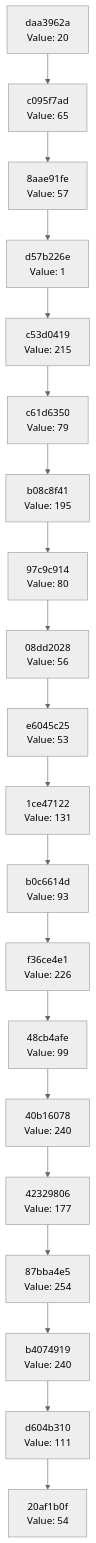
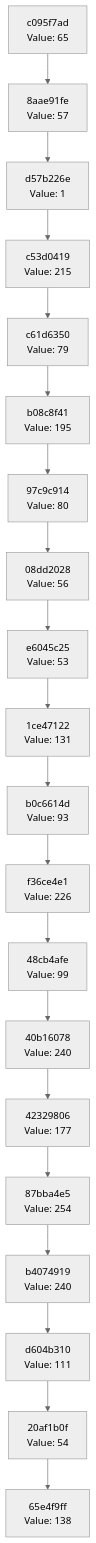
The diagram in docs/CHAIN_VISUALIZATION.md (Abhisheksinha1506/hash-chain-evolver), drawn with Mermaid (neutral theme) before and after one commit. The commit also changed 2 other files, not shown here.

Commit message:
Evolution Step

````diff
--- a/docs/CHAIN_VISUALIZATION.md
+++ b/docs/CHAIN_VISUALIZATION.md
@@ -3,42 +3,42 @@
 ```mermaid
 graph TD
-    C0["20af1b0f<br/>Value: 54"]
-    C1["d604b310<br/>Value: 111"]
+    C0["65e4f9ff<br/>Value: 138"]
+    C1["20af1b0f<br/>Value: 54"]
     C1 --> C0
-    C2["b4074919<br/>Value: 240"]
+    C2["d604b310<br/>Value: 111"]
     C2 --> C1
-    C3["87bba4e5<br/>Value: 254"]
+    C3["b4074919<br/>Value: 240"]
     C3 --> C2
-    C4["42329806<br/>Value: 177"]
+    C4["87bba4e5<br/>Value: 254"]
     C4 --> C3
-    C5["40b16078<br/>Value: 240"]
+    C5["42329806<br/>Value: 177"]
     C5 --> C4
-    C6["48cb4afe<br/>Value: 99"]
+    C6["40b16078<br/>Value: 240"]
     C6 --> C5
-    C7["f36ce4e1<br/>Value: 226"]
+    C7["48cb4afe<br/>Value: 99"]
     C7 --> C6
-    C8["b0c6614d<br/>Value: 93"]
+    C8["f36ce4e1<br/>Value: 226"]
     C8 --> C7
-    C9["1ce47122<br/>Value: 131"]
+    C9["b0c6614d<br/>Value: 93"]
     C9 --> C8
-    C10["e6045c25<br/>Value: 53"]
+    C10["1ce47122<br/>Value: 131"]
     C10 --> C9
-    C11["08dd2028<br/>Value: 56"]
+    C11["e6045c25<br/>Value: 53"]
     C11 --> C10
-    C12["97c9c914<br/>Value: 80"]
+    C12["08dd2028<br/>Value: 56"]
     C12 --> C11
-    C13["b08c8f41<br/>Value: 195"]
+    C13["97c9c914<br/>Value: 80"]
     C13 --> C12
-    C14["c61d6350<br/>Value: 79"]
+    C14["b08c8f41<br/>Value: 195"]
     C14 --> C13
-    C15["c53d0419<br/>Value: 215"]
+    C15["c61d6350<br/>Value: 79"]
     C15 --> C14
-    C16["d57b226e<br/>Value: 1"]
+    C16["c53d0419<br/>Value: 215"]
     C16 --> C15
-    C17["8aae91fe<br/>Value: 57"]
+    C17["d57b226e<br/>Value: 1"]
     C17 --> C16
-    C18["c095f7ad<br/>Value: 65"]
+    C18["8aae91fe<br/>Value: 57"]
     C18 --> C17
-    C19["daa3962a<br/>Value: 20"]
+    C19["c095f7ad<br/>Value: 65"]
     C19 --> C18
 ```
````
